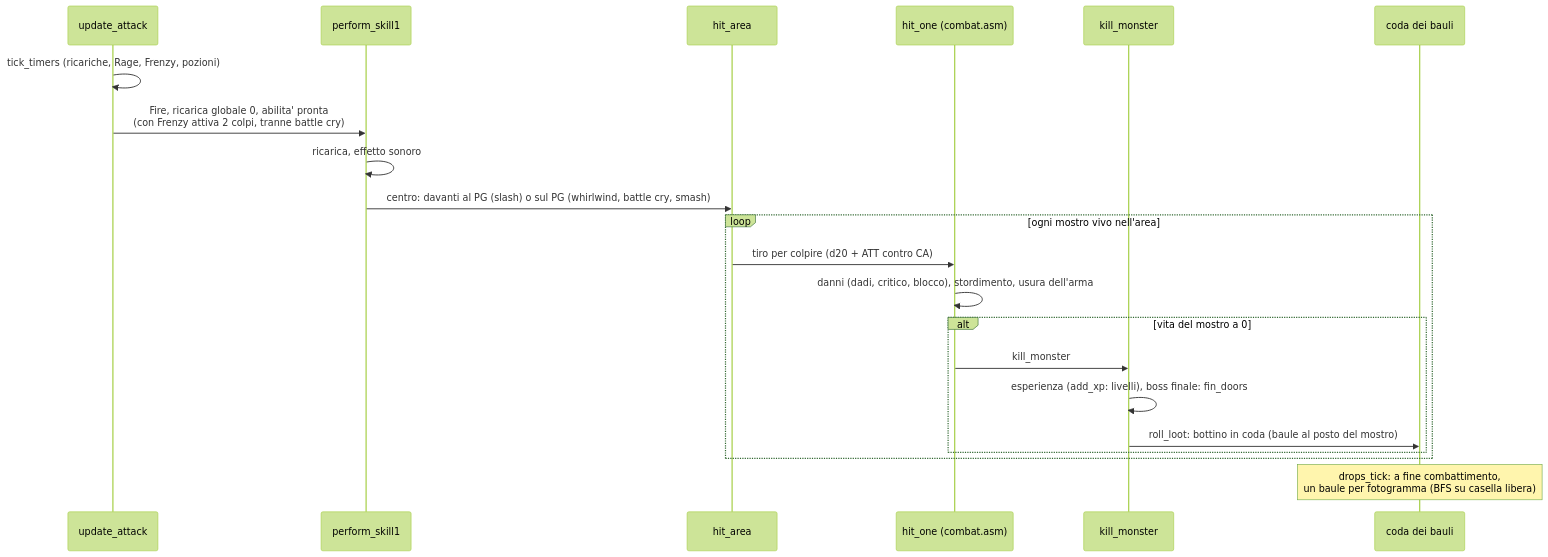
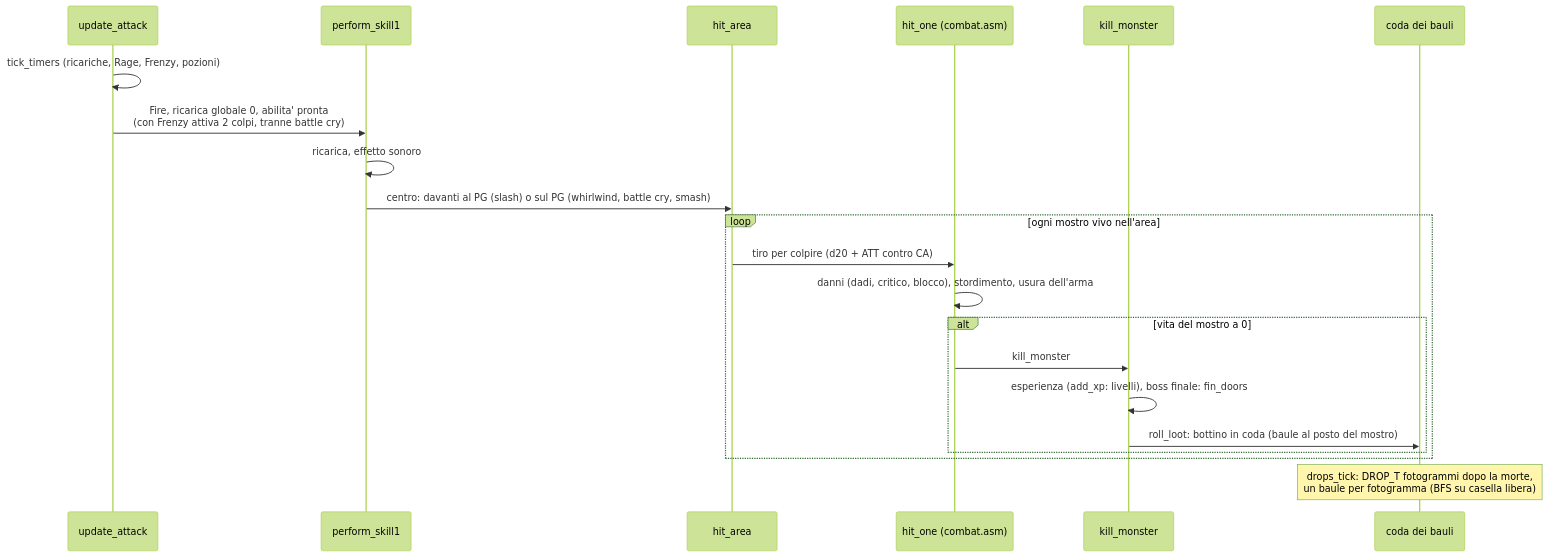
One commit to caporalesimone/barbarian-the-blood-path changed diagram 12 of 18 in docs/wiki/flussi.md. Above: the diagram before and after it, drawn with Mermaid (forest theme). The commit also changed other lines of this file and 9 other files, not shown here.

````diff
--- a/docs/wiki/flussi.md
+++ b/docs/wiki/flussi.md
@@ -323,23 +323,23 @@
 ```mermaid
 sequenceDiagram
     participant UA as update_attack
     participant PS as perform_skill1
     participant HA as hit_area
     participant HO as hit_one (combat.asm)
     participant KM as kill_monster
     participant DQ as coda dei bauli
     UA->>UA: tick_timers (ricariche, Rage, Frenzy, pozioni)
     UA->>PS: Fire, ricarica globale 0, abilita' pronta<br/>(con Frenzy attiva 2 colpi, tranne battle cry)
     PS->>PS: ricarica, effetto sonoro
     PS->>HA: centro: davanti al PG (slash) o sul PG (whirlwind, battle cry, smash)
     loop ogni mostro vivo nell'area
         HA->>HO: tiro per colpire (d20 + ATT contro CA)
         HO->>HO: danni (dadi, critico, blocco), stordimento, usura dell'arma
         alt vita del mostro a 0
             HO->>KM: kill_monster
             KM->>KM: esperienza (add_xp: livelli), boss finale: fin_doors
             KM->>DQ: roll_loot: bottino in coda (baule al posto del mostro)
         end
     end
-    Note over DQ: drops_tick: a fine combattimento,<br/>un baule per fotogramma (BFS su casella libera)
+    Note over DQ: drops_tick: DROP_T fotogrammi dopo la morte,<br/>un baule per fotogramma (BFS su casella libera)
 ```
````
